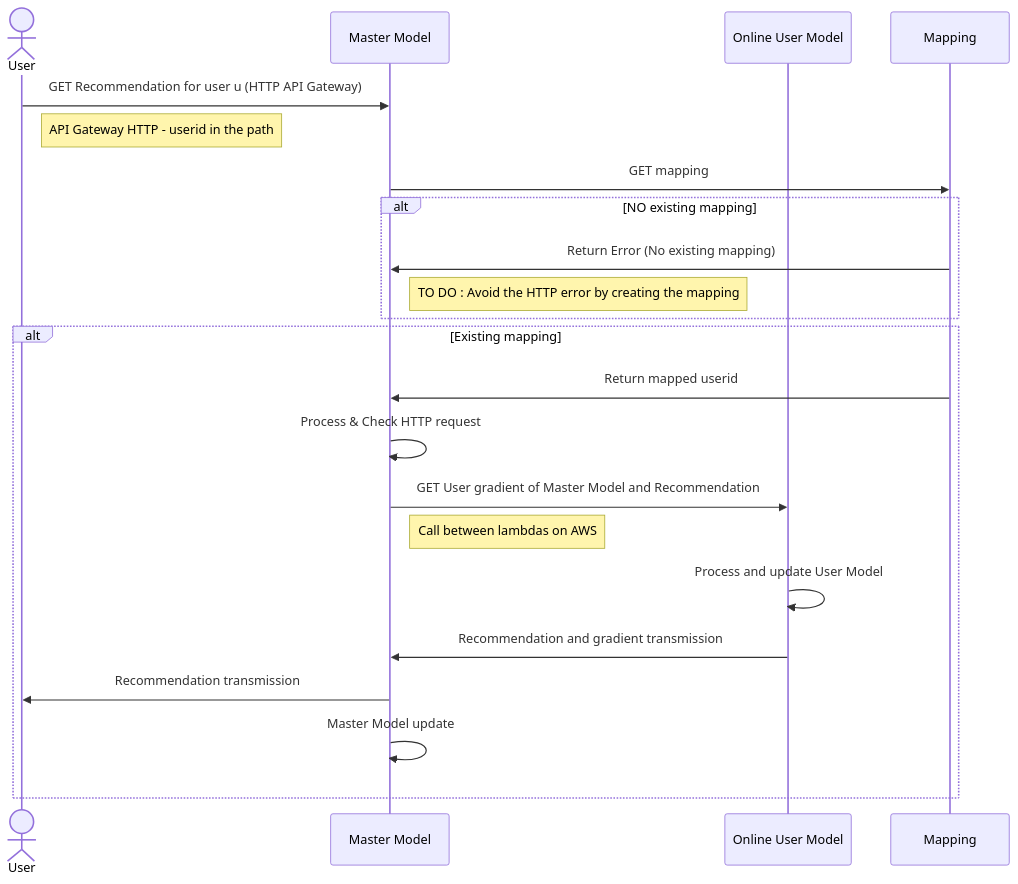
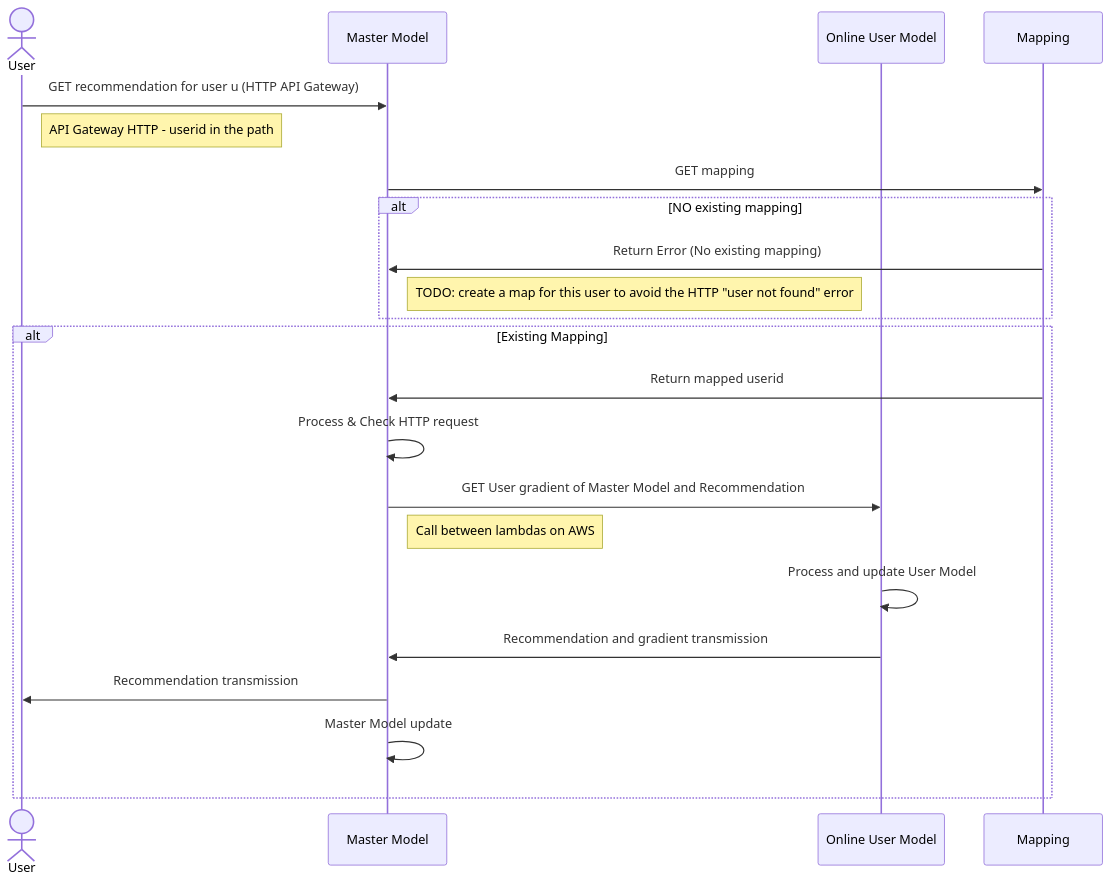
Before and after one commit to AdrKacz/super-duper-guacamole: the first of 3 diagrams in recommender-system/README.md, drawn with Mermaid. The commit also changed other lines of this file, not shown here.

````diff
--- a/recommender-system/README.md
+++ b/recommender-system/README.md
@@ -18,25 +19,25 @@
 ```mermaid
 sequenceDiagram
       actor User as User
       participant MM as Master Model
       participant OUM as Online User Model
       participant m as Mapping
-      User ->> MM: GET Recommendation for user u (HTTP API Gateway)
+      User ->> MM: GET recommendation for user u (HTTP API Gateway)
       Note right of User: API Gateway HTTP - userid in the path
       MM ->> m: GET mapping
       alt NO existing mapping
       m ->> MM: Return Error (No existing mapping)
-      Note right of MM: TO DO : Avoid the HTTP error by creating the mapping
+      Note right of MM: TODO: create a map for this user to avoid the HTTP "user not found" error
       end
 
-      alt Existing mapping
+      alt Existing Mapping
       m ->> MM: Return mapped userid
       MM ->> MM: Process & Check HTTP request
       MM ->> OUM: GET User gradient of Master Model and Recommendation
       Note right of MM: Call between lambdas on AWS
       OUM ->> OUM: Process and update User Model
       OUM ->> MM: Recommendation and gradient transmission
       MM ->> User: Recommendation transmission
       MM ->> MM: Master Model update
       end
 ```
````
